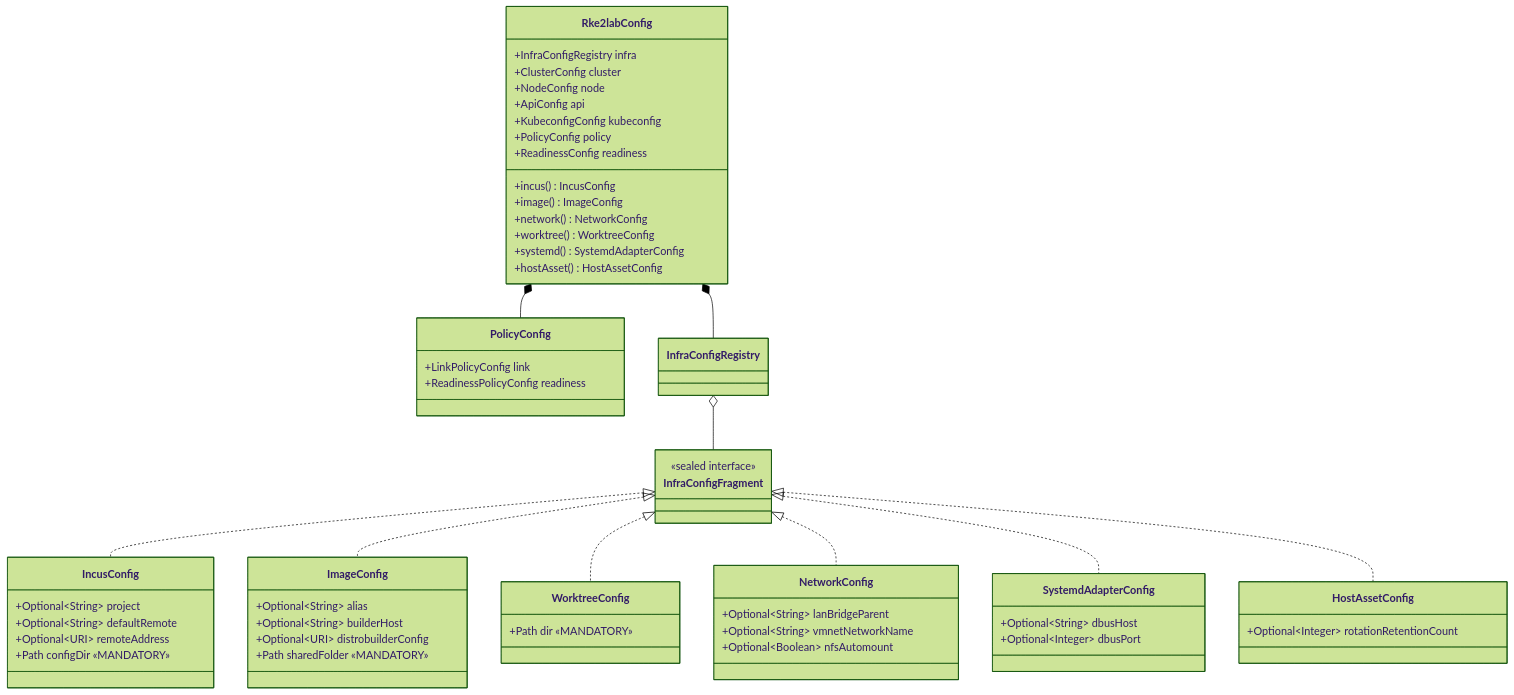
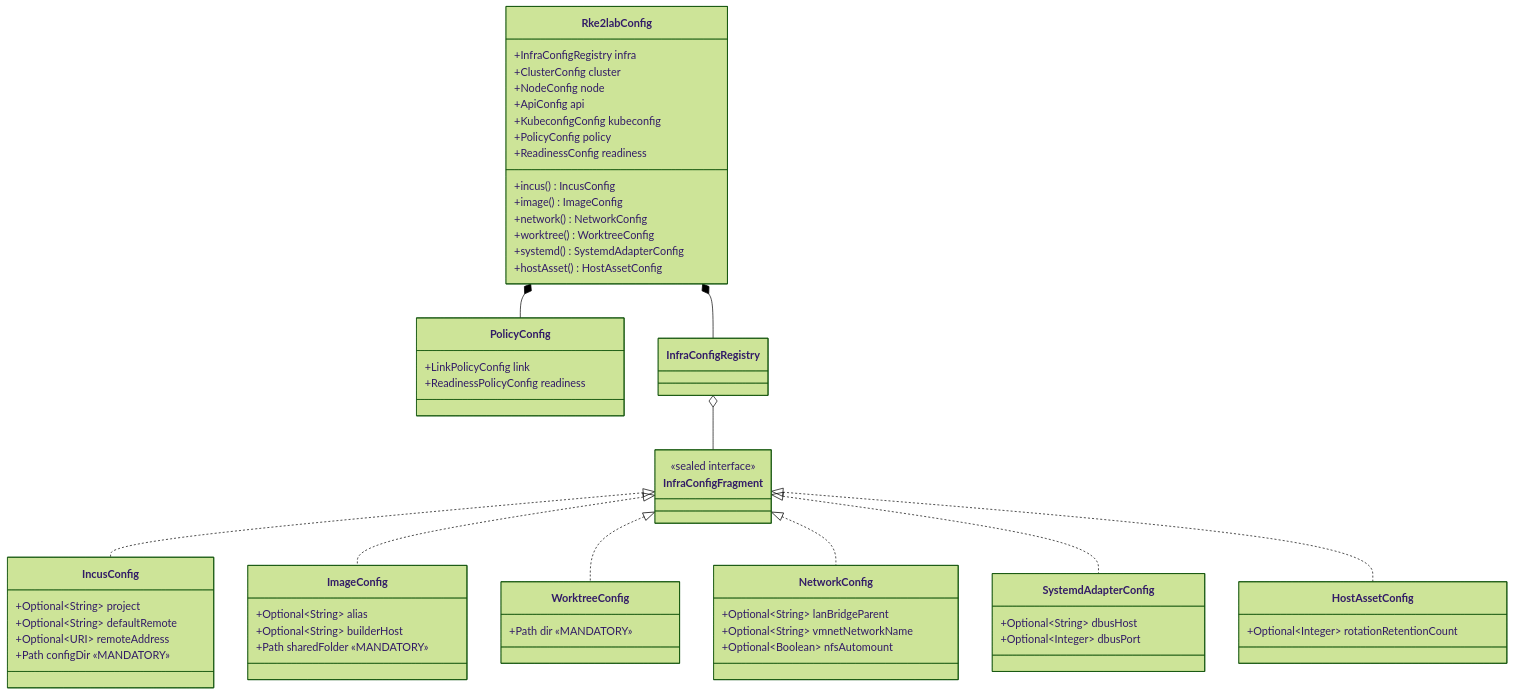
One commit to nxmatic/rke2lab changed the third of 13 diagrams in docs/architecture/config/config-restructuring-spec.adoc. Above: the diagram before and after it, drawn with Mermaid (forest theme). The commit also changed other lines of this file and 27 other files, not shown here.

```diff
--- a/docs/architecture/config/config-restructuring-spec.adoc
+++ b/docs/architecture/config/config-restructuring-spec.adoc
@@ -183,66 +183,65 @@
 [mermaid]
 ----
 classDiagram
     class Rke2labConfig {
         +InfraConfigRegistry infra
         +ClusterConfig cluster
         +NodeConfig node
         +ApiConfig api
         +KubeconfigConfig kubeconfig
         +PolicyConfig policy
         +ReadinessConfig readiness
         +incus() IncusConfig
         +image() ImageConfig
         +network() NetworkConfig
         +worktree() WorktreeConfig
         +systemd() SystemdAdapterConfig
         +hostAsset() HostAssetConfig
     }
 
     class InfraConfigFragment {
         <<sealed interface>>
     }
 
     class IncusConfig {
         +Optional~String~ project
         +Optional~String~ defaultRemote
         +Optional~URI~ remoteAddress
         +Path configDir  «MANDATORY»
     }
     class ImageConfig {
         +Optional~String~ alias
         +Optional~String~ builderHost
-        +Optional~URI~ distrobuilderConfig
         +Path sharedFolder  «MANDATORY»
     }
     class WorktreeConfig {
         +Path dir  «MANDATORY»
     }
     class NetworkConfig {
         +Optional~String~ lanBridgeParent
         +Optional~String~ vmnetNetworkName
         +Optional~Boolean~ nfsAutomount
     }
     class SystemdAdapterConfig {
         +Optional~String~ dbusHost
         +Optional~Integer~ dbusPort
     }
     class HostAssetConfig {
         +Optional~Integer~ rotationRetentionCount
     }
 
     class PolicyConfig {
         +LinkPolicyConfig link
         +ReadinessPolicyConfig readiness
     }
 
     Rke2labConfig *-- InfraConfigRegistry
     Rke2labConfig *-- PolicyConfig
     InfraConfigRegistry o-- InfraConfigFragment
     InfraConfigFragment <|.. IncusConfig
     InfraConfigFragment <|.. ImageConfig
     InfraConfigFragment <|.. WorktreeConfig
     InfraConfigFragment <|.. NetworkConfig
     InfraConfigFragment <|.. SystemdAdapterConfig
     InfraConfigFragment <|.. HostAssetConfig
 ----
```
